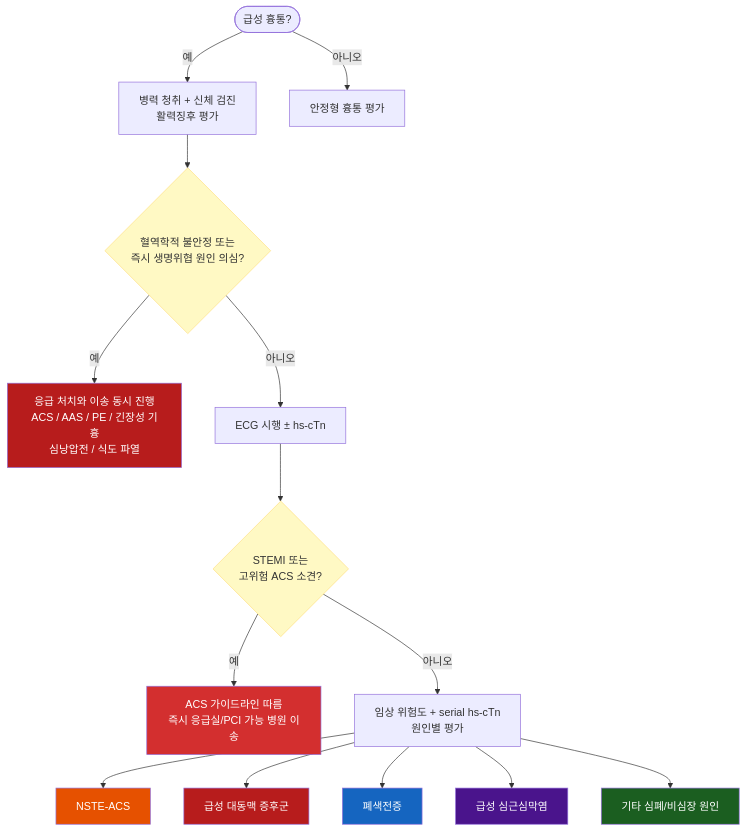
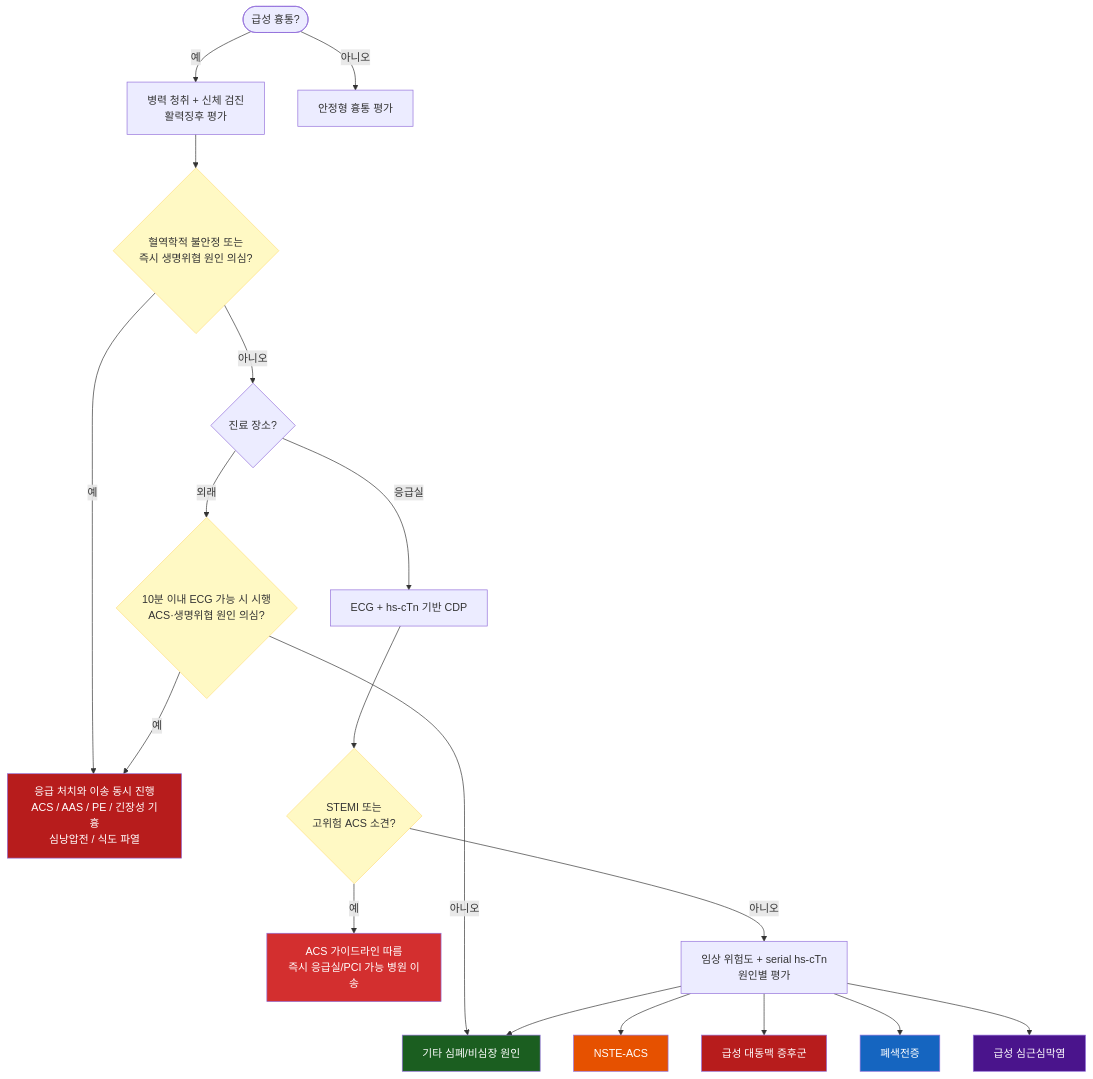
Before and after one commit to familyoh77/familyoh77: the second of 2 diagrams in 220_/002_-chest-pain.md, drawn with Mermaid. The commit also changed other lines of this file, not shown here.

````diff
--- a/220_/002_-chest-pain.md
+++ b/220_/002_-chest-pain.md
@@ -261,29 +270,35 @@
 ```mermaid
 flowchart TD
     A(["급성 흉통?"]) -->|예| B["병력 청취 + 신체 검진<br>활력징후 평가"]
     A -->|아니오| Z["안정형 흉통 평가"]
 
     B --> L{"혈역학적 불안정 또는<br>즉시 생명위협 원인 의심?"}
     L -->|예| R["응급 처치와 이송 동시 진행<br>ACS / AAS / PE / 긴장성 기흉<br>심낭압전 / 식도 파열"]
-    L -->|아니오| C["ECG 시행 ± hs-cTn"]
+    L -->|아니오| C{"진료 장소?"}
 
-    C --> Q{"STEMI 또는<br>고위험 ACS 소견?"}
+    C -->|외래| O{"10분 이내 ECG 가능 시 시행<br>ACS·생명위협 원인 의심?"}
+    C -->|응급실| T["ECG + hs-cTn 기반 CDP"]
+
+    O -->|예| R
+    O -->|아니오| K
+    T --> Q{"STEMI 또는<br>고위험 ACS 소견?"}
     Q -->|예| D["ACS 가이드라인 따름<br>즉시 응급실/PCI 가능 병원 이송"]
     Q -->|아니오| E["임상 위험도 + serial hs-cTn<br>원인별 평가"]
 
     E --> G["NSTE-ACS"]
     E --> H["급성 대동맥 증후군"]
     E --> I["폐색전증"]
     E --> J["급성 심근심막염"]
     E --> K["기타 심폐/비심장 원인"]
 
     style L fill:#fff9c4,stroke:#ffe082
     style R fill:#b71c1c,color:#fff
     style Q fill:#fff9c4,stroke:#ffe082
+    style O fill:#fff9c4,stroke:#ffe082
     style D fill:#d32f2f,color:#fff
     style G fill:#e65100,color:#fff
     style H fill:#b71c1c,color:#fff
     style I fill:#1565c0,color:#fff
     style J fill:#4a148c,color:#fff
     style K fill:#1b5e20,color:#fff
 ```
````
